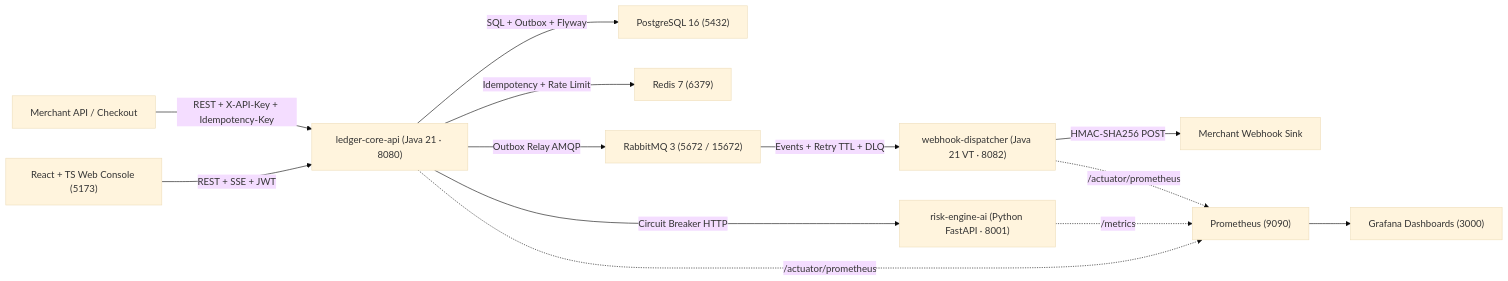
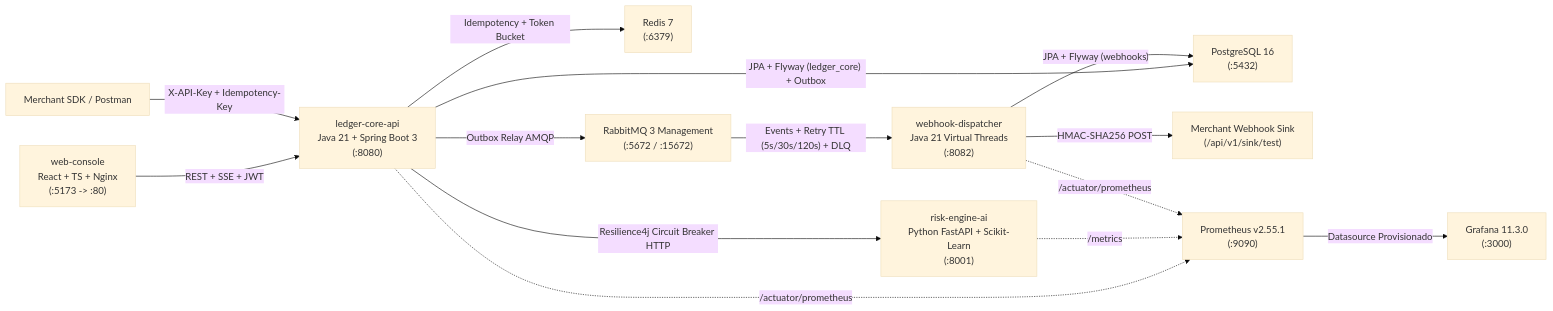
One commit to AlissonPazLopes/ledgerpulse-platform changed the diagram in README.md. Above: the diagram before and after it, drawn with Mermaid (base theme). The commit also changed other lines of this file, not shown here.

````diff
--- a/README.md
+++ b/README.md
@@ -24,18 +26,19 @@
 ```mermaid
 flowchart LR
-    UI["React + TS Web Console (5173)"] -->|"REST + SSE + JWT"| CORE["ledger-core-api (Java 21 · 8080)"]
-    SDK["Merchant API / Checkout"] -->|"REST + X-API-Key + Idempotency-Key"| CORE
+    WEB["web-console<br/>React + TS + Nginx<br/>(:5173 -> :80)"] -->|"REST + SSE + JWT"| CORE["ledger-core-api<br/>Java 21 + Spring Boot 3<br/>(:8080)"]
+    MERCHANT["Merchant SDK / Postman"] -->|"X-API-Key + Idempotency-Key"| CORE
 
-    CORE -->|"SQL + Outbox + Flyway"| PG["PostgreSQL 16 (5432)"]
-    CORE -->|"Idempotency + Rate Limit"| REDIS["Redis 7 (6379)"]
-    CORE -->|"Circuit Breaker HTTP"| RISK["risk-engine-ai (Python FastAPI · 8001)"]
+    CORE -->|"JPA + Flyway (ledger_core) + Outbox"| PG["PostgreSQL 16<br/>(:5432)"]
+    CORE -->|"Idempotency + Token Bucket"| REDIS["Redis 7<br/>(:6379)"]
+    CORE -->|"Resilience4j Circuit Breaker HTTP"| RISK["risk-engine-ai<br/>Python FastAPI + Scikit-Learn<br/>(:8001)"]
 
-    CORE -->|"Outbox Relay AMQP"| RMQ["RabbitMQ 3 (5672 / 15672)"]
-    RMQ -->|"Events + Retry TTL + DLQ"| HOOK["webhook-dispatcher (Java 21 VT · 8082)"]
-    HOOK -->|"HMAC-SHA256 POST"| SINK["Merchant Webhook Sink"]
+    CORE -->|"Outbox Relay AMQP"| RMQ["RabbitMQ 3 Management<br/>(:5672 / :15672)"]
+    RMQ -->|"Events + Retry TTL (5s/30s/120s) + DLQ"| HOOK["webhook-dispatcher<br/>Java 21 Virtual Threads<br/>(:8082)"]
+    HOOK -->|"JPA + Flyway (webhooks)"| PG
+    HOOK -->|"HMAC-SHA256 POST"| SINK["Merchant Webhook Sink<br/>(/api/v1/sink/test)"]
 
-    CORE -.->|"/actuator/prometheus"| PROM["Prometheus (9090)"]
+    CORE -.->|"/actuator/prometheus"| PROM["Prometheus v2.55.1<br/>(:9090)"]
     RISK -.->|"/metrics"| PROM
     HOOK -.->|"/actuator/prometheus"| PROM
-    PROM --> GRAF["Grafana Dashboards (3000)"]
+    PROM -->|"Datasource Provisionado"| GRAF["Grafana 11.3.0<br/>(:3000)"]
 ```
````
